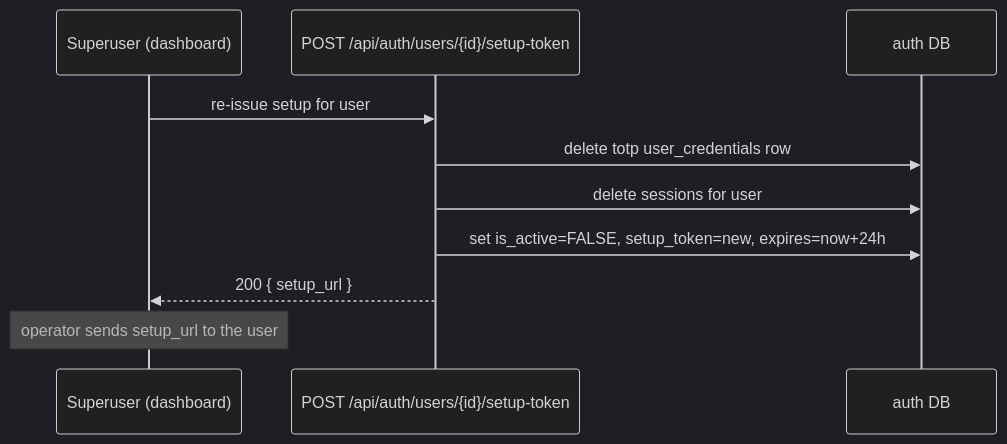
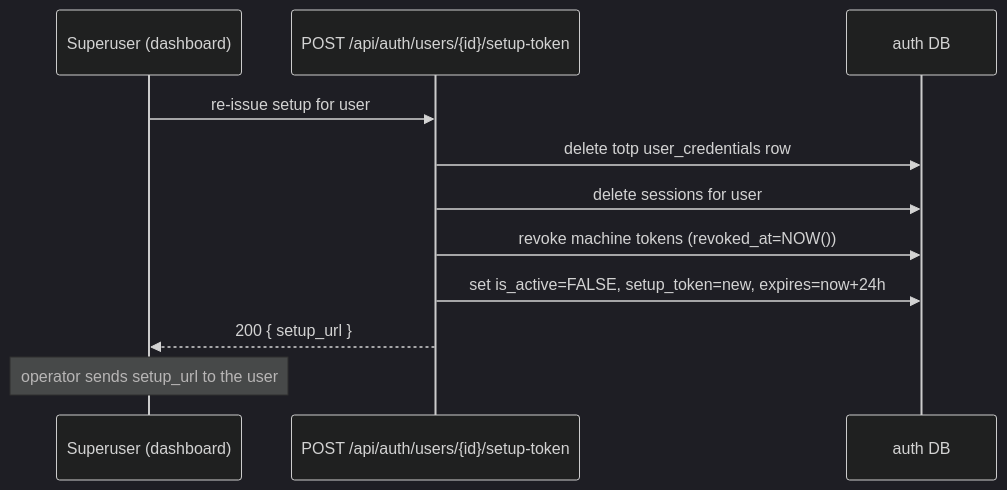
One commit to felipe-stanham/Latarnia changed the fourth of 4 diagrams in docs/Projects/P-0010/spec.md. Above: the diagram before and after it, drawn with Mermaid (dark theme). The commit also changed other lines of this file and 9 other files, not shown here.

````diff
--- a/docs/Projects/P-0010/spec.md
+++ b/docs/Projects/P-0010/spec.md
@@ -170,12 +195,13 @@
 ```mermaid
 sequenceDiagram
     participant S as Superuser (dashboard)
     participant API as POST /api/auth/users/{id}/setup-token
     participant DB as auth DB
     S->>API: re-issue setup for user
     API->>DB: delete totp user_credentials row
     API->>DB: delete sessions for user
+    API->>DB: revoke machine tokens (revoked_at=NOW())
     API->>DB: set is_active=FALSE, setup_token=new, expires=now+24h
     API-->>S: 200 { setup_url }
     Note over S: operator sends setup_url to the user
 ```
````
